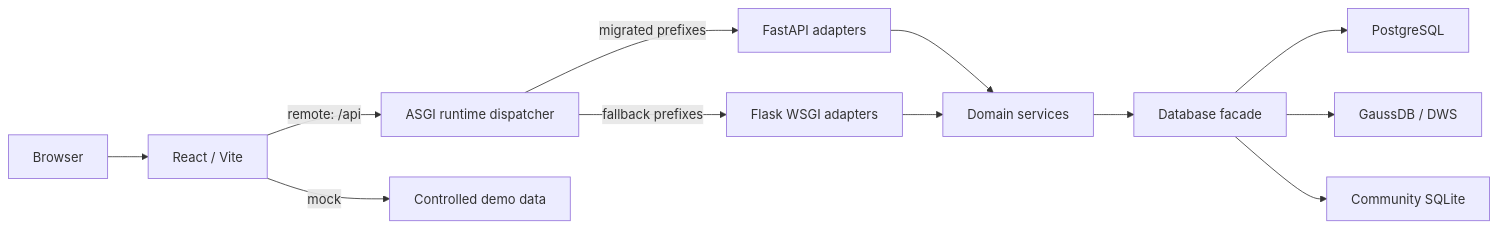
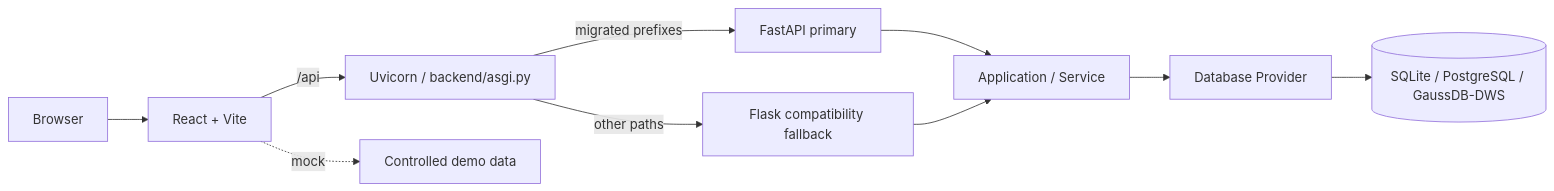
One commit to 0verme/data-asset-portal-community changed the diagram in docs/architecture.md. Above: the diagram before and after it, drawn with Mermaid. The commit also changed other lines of this file and 20 other files, not shown here.

First line of the commit message:
📝 docs(runtime): 对齐 FastAPI primary runtime 架构说明

````diff
--- a/docs/architecture.md
+++ b/docs/architecture.md
@@ -7,14 +25,12 @@
 ```mermaid
 flowchart LR
-  U["Browser"] --> F["React / Vite"]
-  F -->|"remote: /api"| R["ASGI runtime dispatcher"]
-  R -->|"migrated prefixes"| B["FastAPI adapters"]
-  R -->|"fallback prefixes"| W["Flask WSGI adapters"]
-  B --> S["Domain services"]
+  U["Browser"] --> F["React + Vite"]
+  F -->|"/api"| R["Uvicorn / backend/asgi.py"]
+  R -->|"migrated prefixes"| A["FastAPI primary"]
+  R -->|"other paths"| W["Flask compatibility fallback"]
+  A --> S["Application / Service"]
   W --> S
-  S --> A["Database facade"]
-  A --> P["PostgreSQL"]
-  A --> G["GaussDB / DWS"]
-  A --> Q["Community SQLite"]
-  F -->|"mock"| M["Controlled demo data"]
+  S --> P["Database Provider"]
+  P --> D[("SQLite / PostgreSQL / GaussDB-DWS")]
+  F -.->|"mock"| M["Controlled demo data"]
 ```
````
